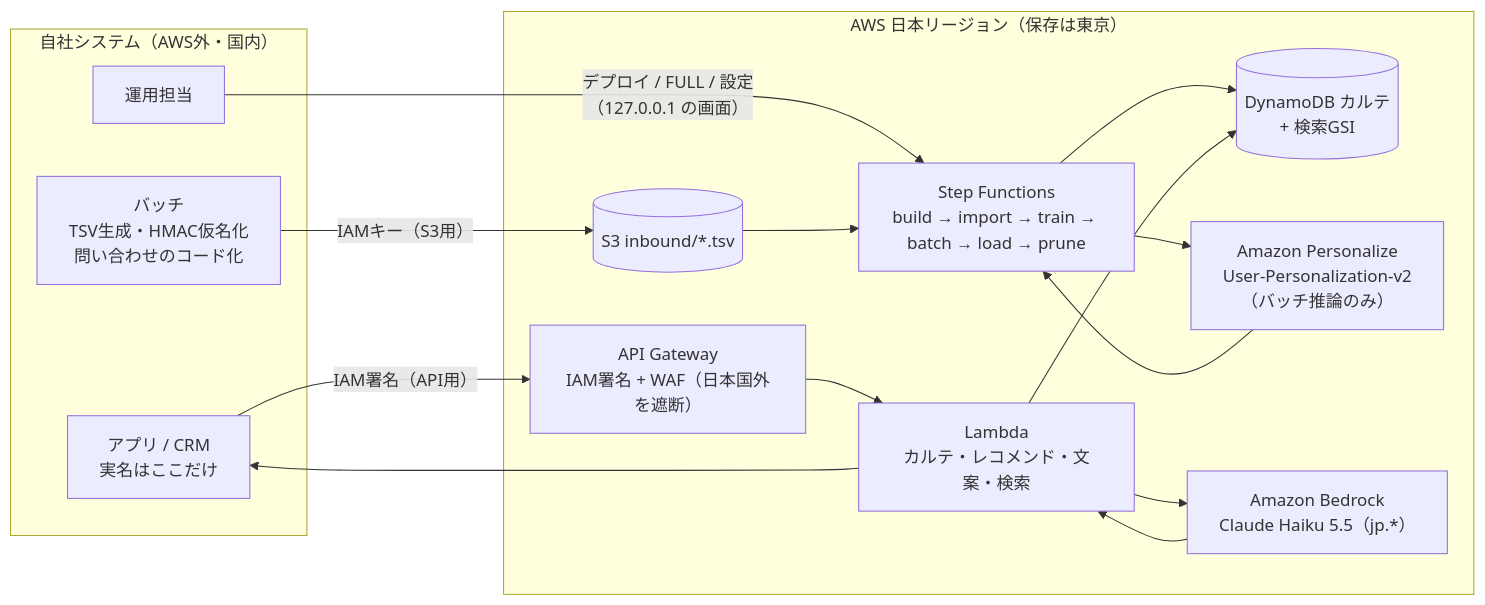
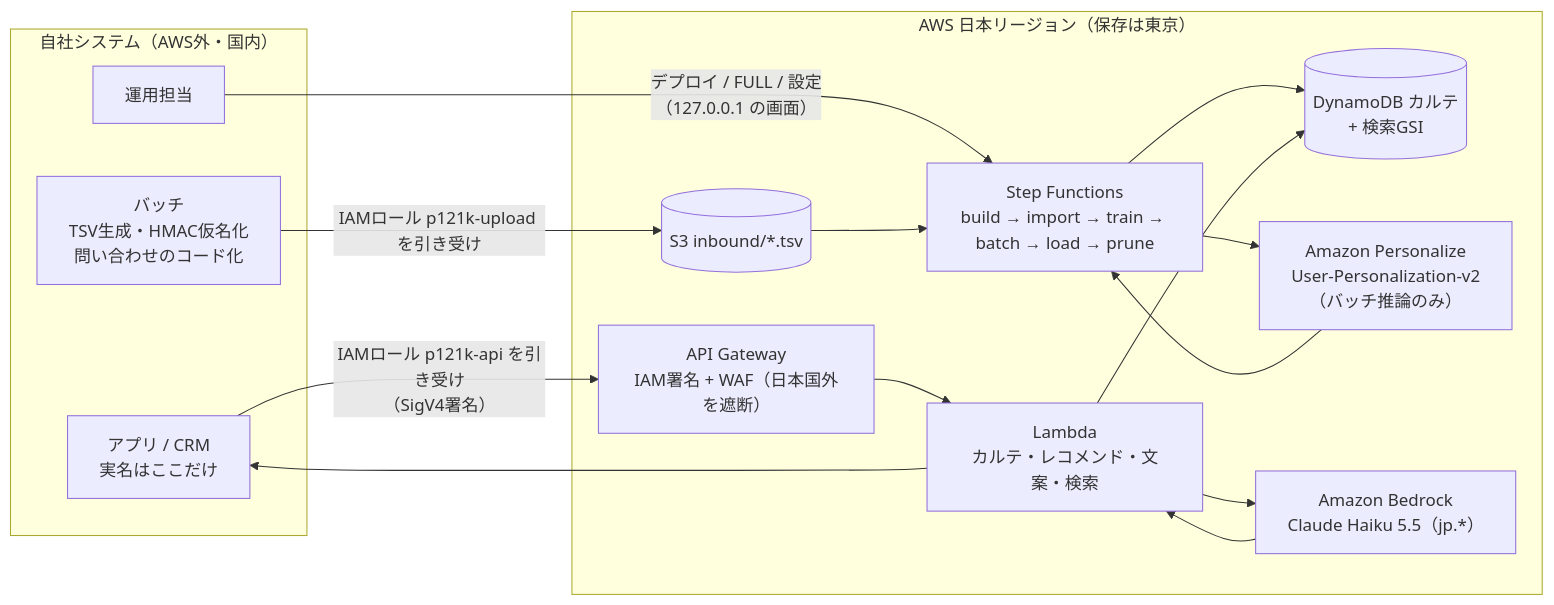
The diagram in README.md (okamoto53515606/p121k), drawn with Mermaid before and after one commit. The commit also changed other lines of this file and 9 other files, not shown here.

````diff
--- a/README.md
+++ b/README.md
@@ -60,31 +60,31 @@
 ```mermaid
 flowchart LR
   subgraph corp["自社システム（AWS外・国内）"]
     batch["バッチ<br/>TSV生成・HMAC仮名化<br/>問い合わせのコード化"]
     app["アプリ / CRM<br/>実名はここだけ"]
     ops["運用担当"]
   end
 
   subgraph aws["AWS 日本リージョン（保存は東京）"]
     s3in[("S3 inbound/*.tsv")]
     sfn["Step Functions<br/>build → import → train → batch → load → prune"]
     karte[("DynamoDB カルテ<br/>+ 検索GSI")]
     pers["Amazon Personalize<br/>User-Personalization-v2<br/>（バッチ推論のみ）"]
     apigw["API Gateway<br/>IAM署名 + WAF（日本国外を遮断）"]
     fn["Lambda<br/>カルテ・レコメンド・文案・検索"]
     bedrock["Amazon Bedrock<br/>Claude Haiku 5.5（jp.*）"]
   end
 
   ops -- "デプロイ / FULL / 設定<br/>（127.0.0.1 の画面）" --> sfn
-  batch -- "IAMキー（S3用）" --> s3in
+  batch -- "IAMロール p121k-upload を引き受け" --> s3in
   s3in --> sfn
   sfn --> karte
   sfn --> pers
   pers --> sfn
-  app -- "IAM署名（API用）" --> apigw
+  app -- "IAMロール p121k-api を引き受け<br/>（SigV4署名）" --> apigw
   apigw --> fn
   fn --> karte
   fn --> bedrock
   bedrock --> fn
   fn --> app
 ```
````
